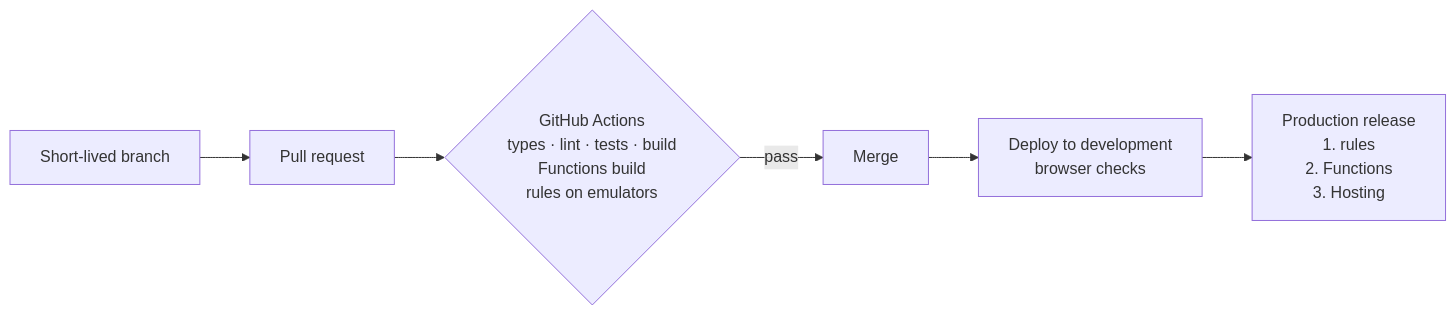
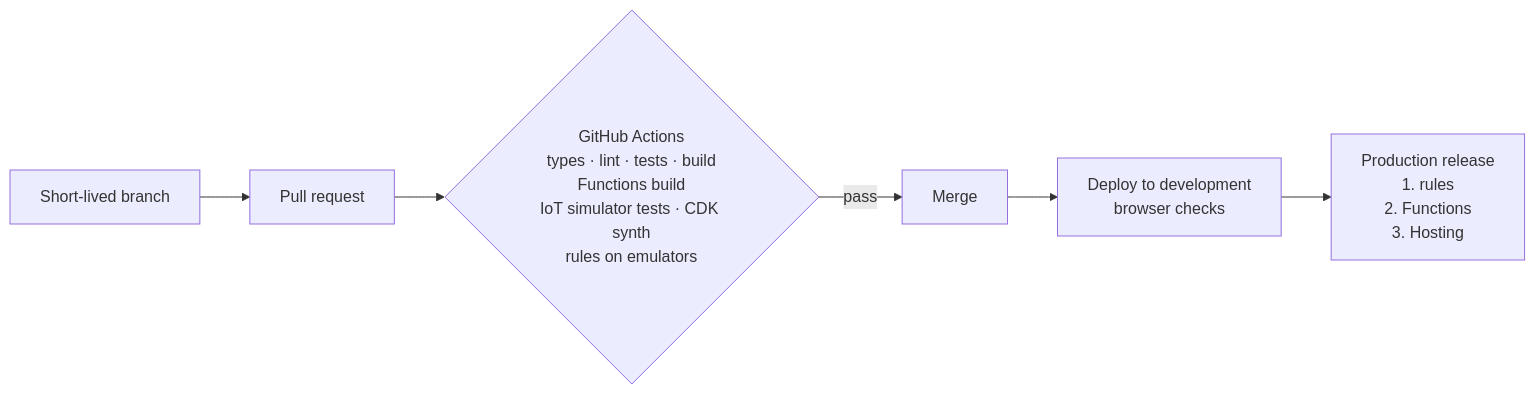
The sixth of 6 diagrams in docs/architecture.md (fbrandao2k/digital-twin-platform-case-study), drawn with Mermaid before and after one commit. The commit also changed other lines of this file and 7 other files, not shown here.

````diff
--- a/docs/architecture.md
+++ b/docs/architecture.md
@@ -114,8 +152,8 @@
 ```mermaid
 flowchart LR
     Branch["Short-lived branch"] --> PR["Pull request"]
-    PR --> CI{"GitHub Actions<br/>types · lint · tests · build<br/>Functions build<br/>rules on emulators"}
+    PR --> CI{"GitHub Actions<br/>types · lint · tests · build<br/>Functions build<br/>IoT simulator tests · CDK synth<br/>rules on emulators"}
     CI -->|"pass"| Merge["Merge"]
     Merge --> Dev["Deploy to development<br/>browser checks"]
     Dev --> Prod["Production release<br/>1. rules<br/>2. Functions<br/>3. Hosting"]
 ```
````
